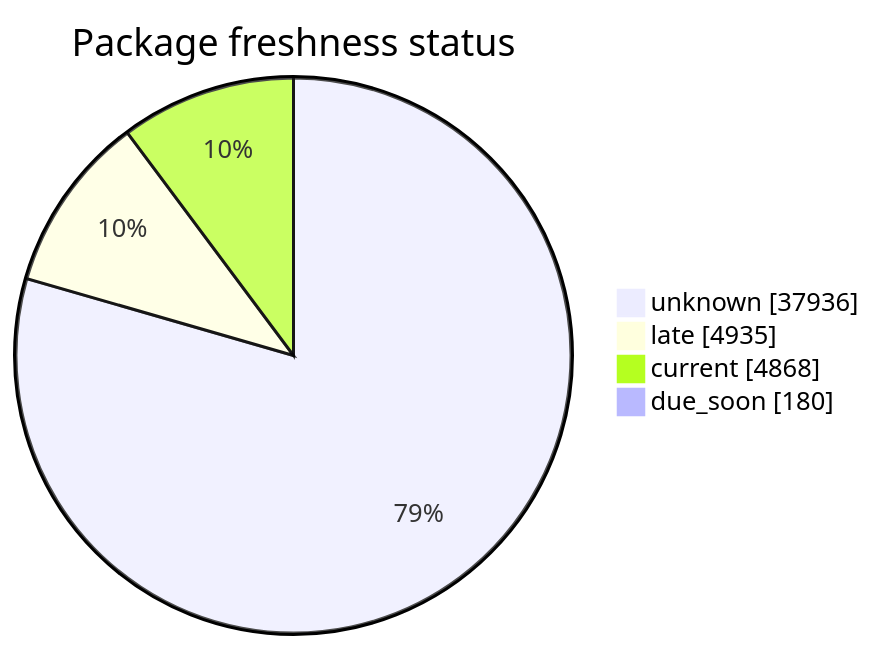
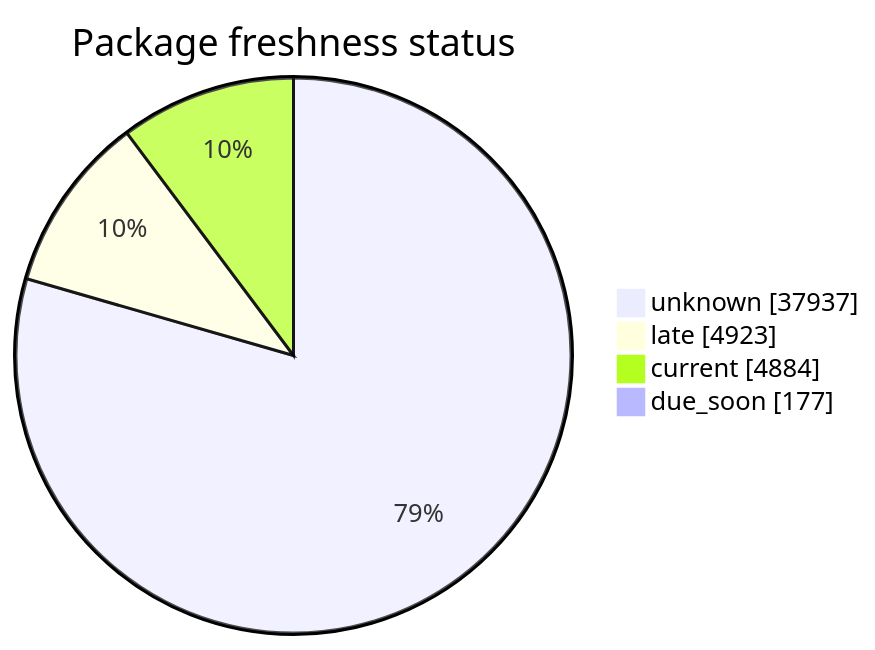
Before and after one commit to open-data/analytics-corporate-reporting: the second of 5 diagrams in FreshCheck/README.md, drawn with Mermaid. The commit also changed other lines of this file and 3 other files, not shown here.

````diff
--- a/FreshCheck/README.md
+++ b/FreshCheck/README.md
@@ -68,7 +68,7 @@
 ```mermaid
 pie showData title Package freshness status
-    "unknown": 37936
-    "late": 4935
-    "current": 4868
-    "due_soon": 180
+    "unknown": 37937
+    "late": 4923
+    "current": 4884
+    "due_soon": 177
 ```
````
